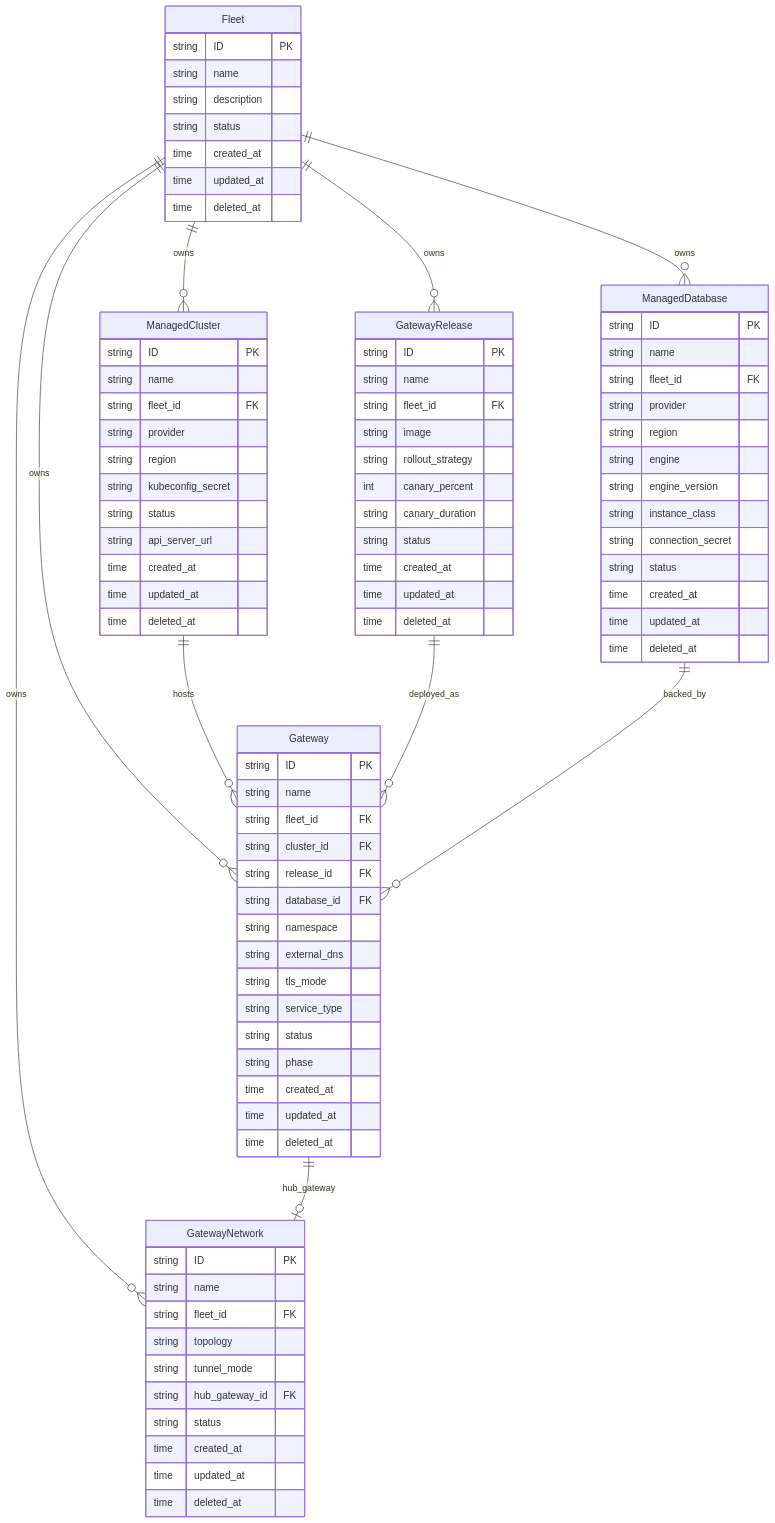
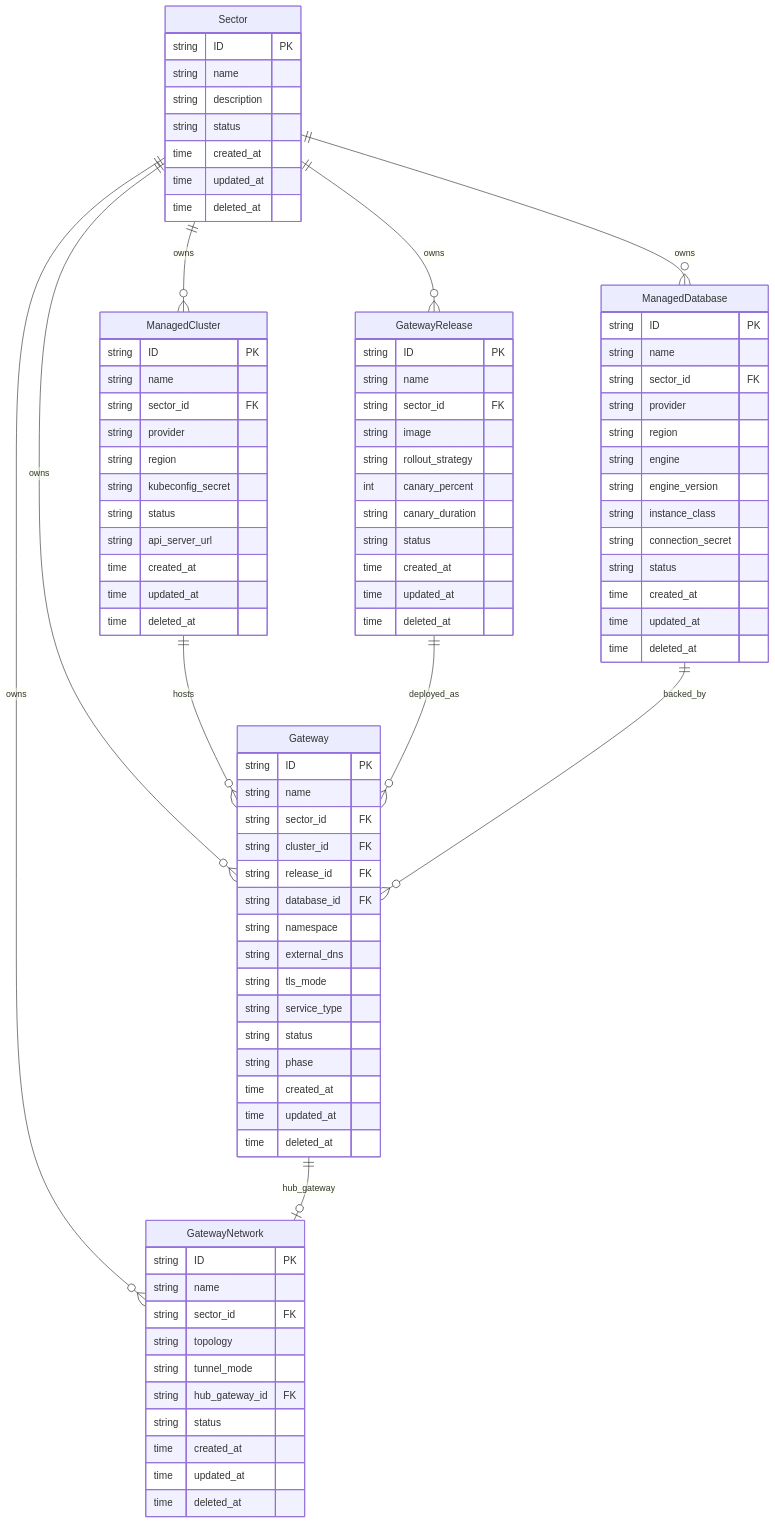
One commit to JGiola/hypershell changed the diagram in specs/platform/data-model.spec.md. Above: the diagram before and after it, drawn with Mermaid. The commit also changed other lines of this file and 39 other files, not shown here.

````diff
--- a/specs/platform/data-model.spec.md
+++ b/specs/platform/data-model.spec.md
@@ -19,7 +19,7 @@
 ```mermaid
 erDiagram
 
-    Fleet {
+    Sector {
         string ID PK
         string name
         string description
@@ -32,7 +32,7 @@
     ManagedCluster {
         string ID PK
         string name
-        string fleet_id FK
+        string sector_id FK
         string provider
         string region
         string kubeconfig_secret
@@ -46,7 +46,7 @@
     ManagedDatabase {
         string ID PK
         string name
-        string fleet_id FK
+        string sector_id FK
         string provider
         string region
         string engine
@@ -62,7 +62,7 @@
     GatewayRelease {
         string ID PK
         string name
-        string fleet_id FK
+        string sector_id FK
         string image
         string rollout_strategy
         int canary_percent
@@ -76,7 +76,7 @@
     Gateway {
         string ID PK
         string name
-        string fleet_id FK
+        string sector_id FK
         string cluster_id FK
         string release_id FK
         string database_id FK
@@ -94,7 +94,7 @@
     GatewayNetwork {
         string ID PK
         string name
-        string fleet_id FK
+        string sector_id FK
         string topology
         string tunnel_mode
         string hub_gateway_id FK
@@ -104,11 +104,11 @@
         time deleted_at
     }
 
-    Fleet ||--o{ ManagedCluster : "owns"
-    Fleet ||--o{ ManagedDatabase : "owns"
-    Fleet ||--o{ GatewayRelease : "owns"
-    Fleet ||--o{ Gateway : "owns"
-    Fleet ||--o{ GatewayNetwork : "owns"
+    Sector ||--o{ ManagedCluster : "owns"
+    Sector ||--o{ ManagedDatabase : "owns"
+    Sector ||--o{ GatewayRelease : "owns"
+    Sector ||--o{ Gateway : "owns"
+    Sector ||--o{ GatewayNetwork : "owns"
 
     ManagedCluster ||--o{ Gateway : "hosts"
     GatewayRelease ||--o{ Gateway : "deployed_as"
````
